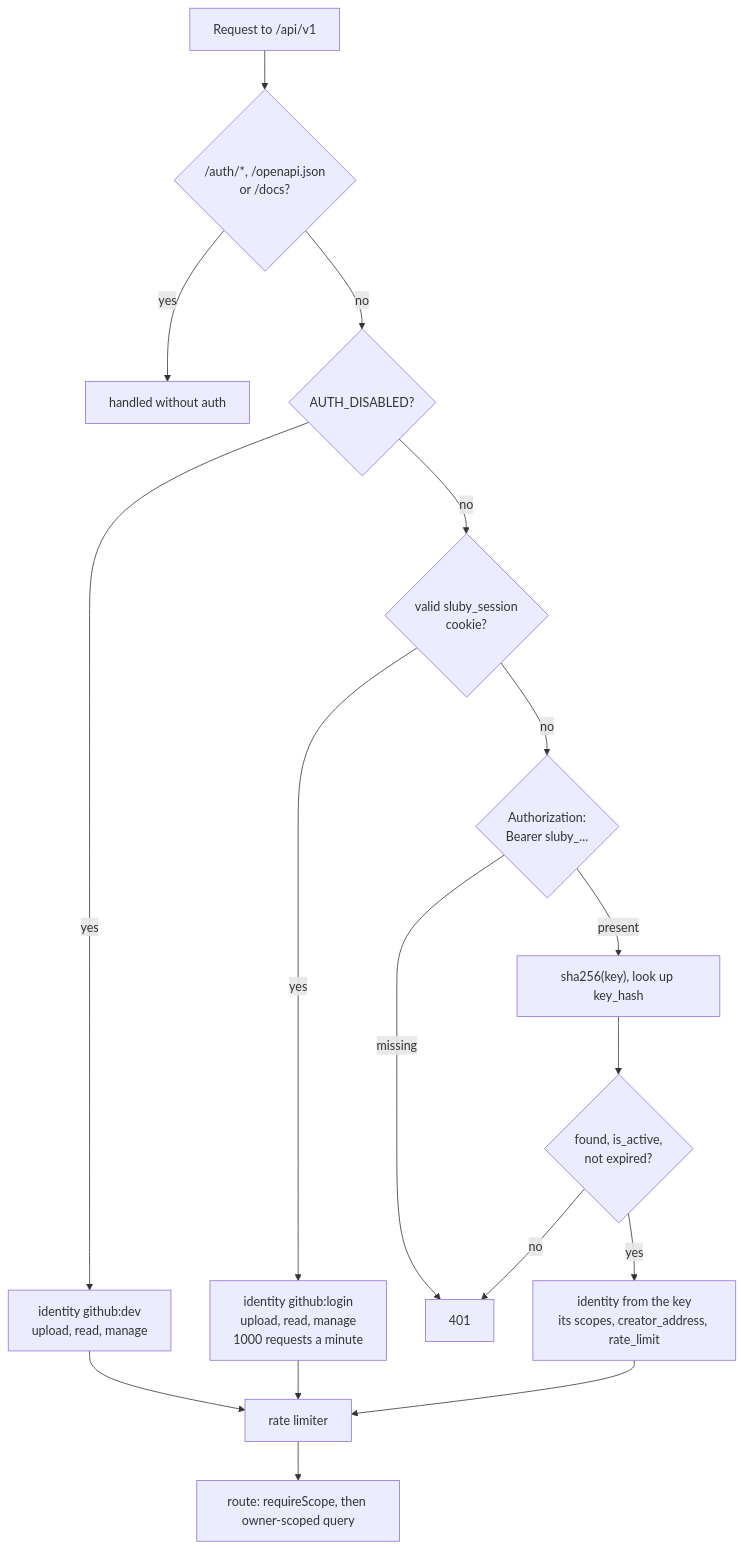
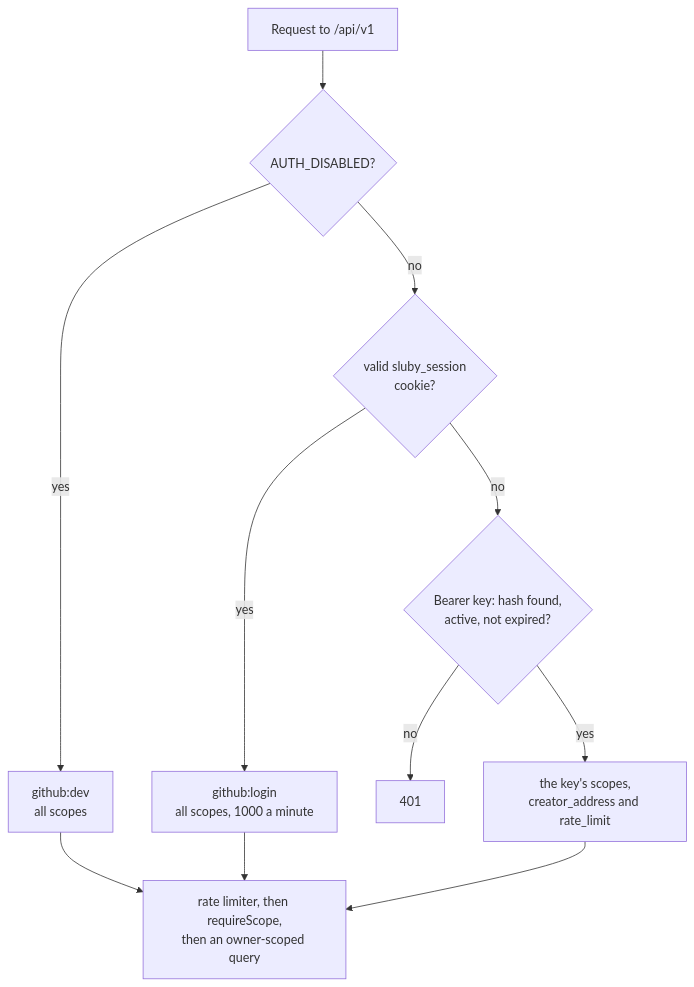
The diagram in docs/architecture/auth-and-tenancy.md (justmert/Sluby), drawn with Mermaid before and after one commit. The commit also changed other lines of this file and 5 other files, not shown here.

Commit message:
lay out the architecture diagrams to fit the content column

````diff
--- a/docs/architecture/auth-and-tenancy.md
+++ b/docs/architecture/auth-and-tenancy.md
@@ -7,19 +7,13 @@
 ```mermaid
 flowchart TB
-  req[Request to /api/v1] --> pub{"/auth/*, /openapi.json<br/>or /docs?"}
-  pub -- yes --> open[handled without auth]
-  pub -- no --> dis{AUTH_DISABLED?}
-  dis -- yes --> dev["identity github:dev<br/>upload, read, manage"]
+  req[Request to /api/v1] --> dis{AUTH_DISABLED?}
+  dis -- yes --> dev["github:dev<br/>all scopes"]
   dis -- no --> cookie{"valid sluby_session<br/>cookie?"}
-  cookie -- yes --> gh["identity github:login<br/>upload, read, manage<br/>1000 requests a minute"]
-  cookie -- no --> bearer{"Authorization:<br/>Bearer sluby_..."}
-  bearer -- missing --> e401[401]
-  bearer -- present --> hash["sha256(key), look up key_hash"]
-  hash --> valid{"found, is_active,<br/>not expired?"}
-  valid -- no --> e401
-  valid -- yes --> key["identity from the key<br/>its scopes, creator_address, rate_limit"]
-  dev --> rl[rate limiter]
-  gh --> rl
-  key --> rl
-  rl --> route["route: requireScope, then owner-scoped query"]
+  cookie -- yes --> gh["github:login<br/>all scopes, 1000 a minute"]
+  cookie -- no --> bearer{"Bearer key: hash found,<br/>active, not expired?"}
+  bearer -- no --> e401[401]
+  bearer -- yes --> key["the key's scopes,<br/>creator_address and rate_limit"]
+  dev --> route["rate limiter, then requireScope,<br/>then an owner-scoped query"]
+  gh --> route
+  key --> route
 ```
````
